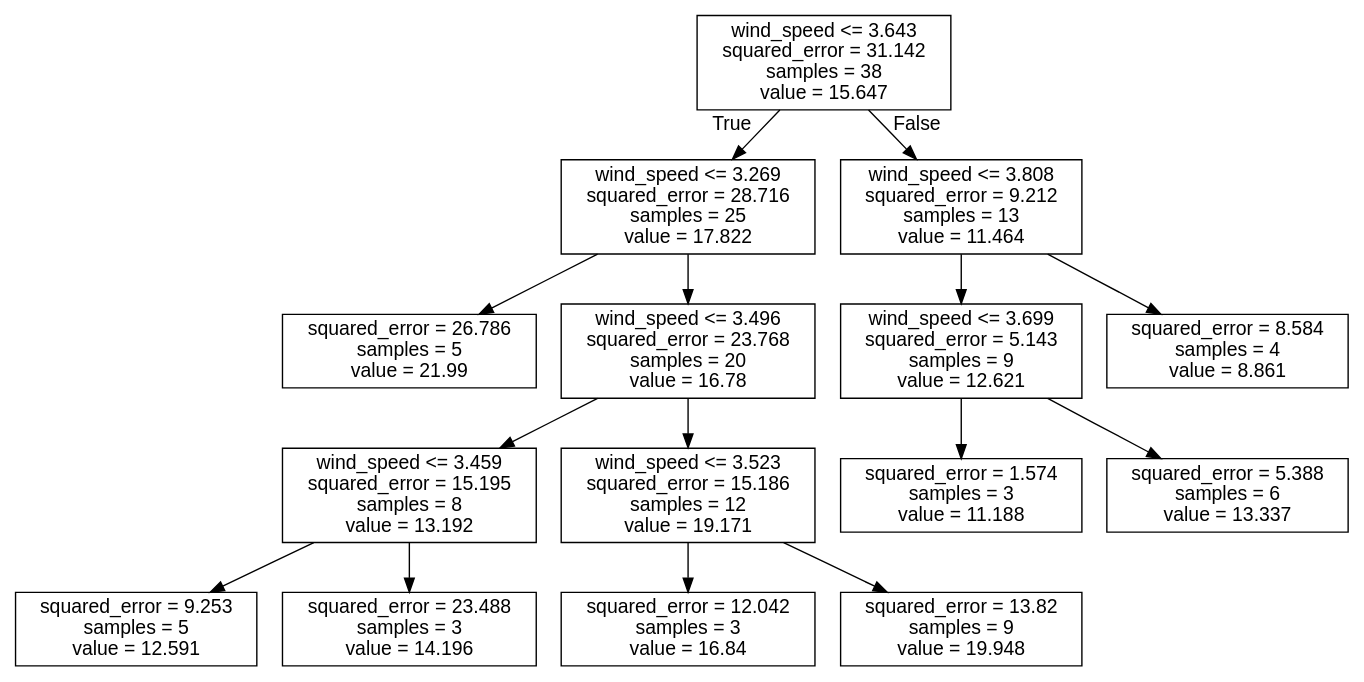
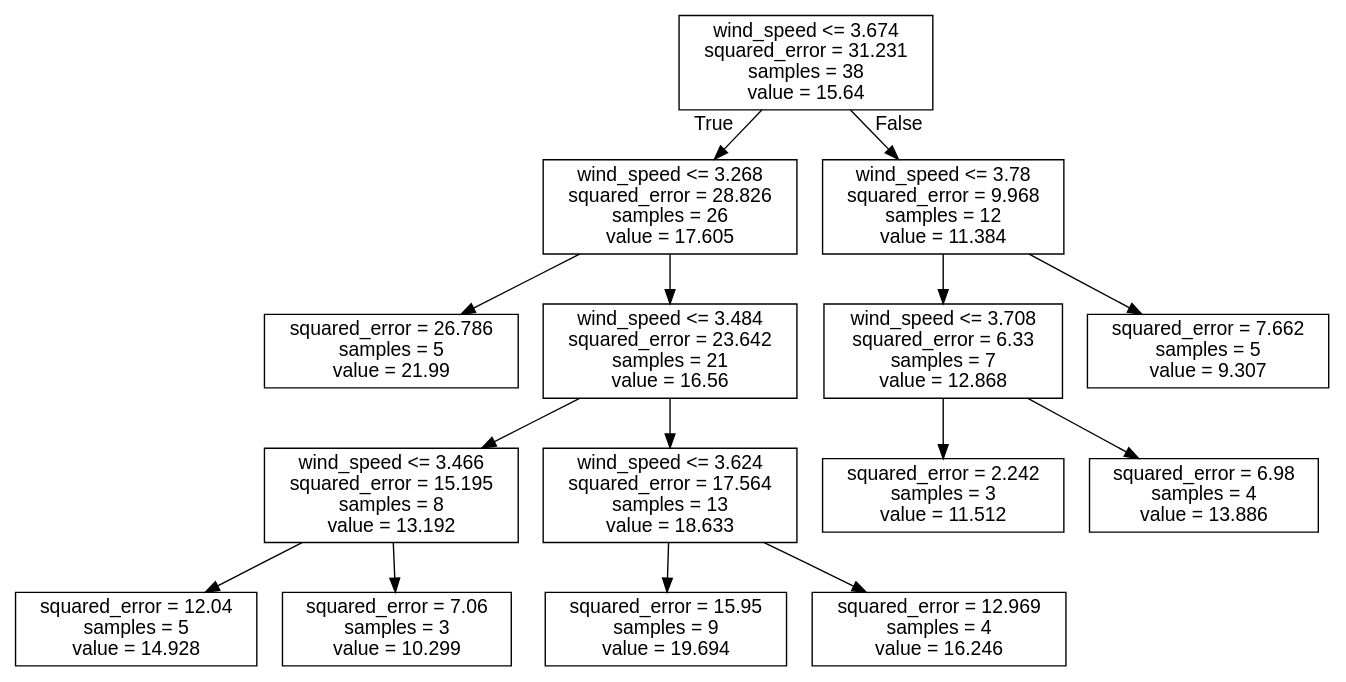
The diagram in Figures/Discretization_regTrees/DotFiles/6Mseasons_chla-wind_speed.dot (LeahJB/gbn-vansjo), drawn with Graphviz before and after one commit. The commit also changed 97 other files, not shown here.

```diff
--- a/Figures/Discretization_regTrees/DotFiles/6Mseasons_chla-wind_speed.dot
+++ b/Figures/Discretization_regTrees/DotFiles/6Mseasons_chla-wind_speed.dot
@@ -1,33 +1,33 @@
 digraph Tree {
 node [shape=box, fontname="helvetica"] ;
 edge [fontname="helvetica"] ;
-0 [label="wind_speed <= 3.643\nsquared_error = 31.142\nsamples = 38\nvalue = 15.647"] ;
-1 [label="wind_speed <= 3.269\nsquared_error = 28.716\nsamples = 25\nvalue = 17.822"] ;
+0 [label="wind_speed <= 3.674\nsquared_error = 31.231\nsamples = 38\nvalue = 15.64"] ;
+1 [label="wind_speed <= 3.268\nsquared_error = 28.826\nsamples = 26\nvalue = 17.605"] ;
 0 -> 1 [labeldistance=2.5, labelangle=45, headlabel="True"] ;
 3 [label="squared_error = 26.786\nsamples = 5\nvalue = 21.99"] ;
 1 -> 3 ;
-4 [label="wind_speed <= 3.496\nsquared_error = 23.768\nsamples = 20\nvalue = 16.78"] ;
+4 [label="wind_speed <= 3.484\nsquared_error = 23.642\nsamples = 21\nvalue = 16.56"] ;
 1 -> 4 ;
-5 [label="wind_speed <= 3.459\nsquared_error = 15.195\nsamples = 8\nvalue = 13.192"] ;
+5 [label="wind_speed <= 3.466\nsquared_error = 15.195\nsamples = 8\nvalue = 13.192"] ;
 4 -> 5 ;
-13 [label="squared_error = 9.253\nsamples = 5\nvalue = 12.591"] ;
-5 -> 13 ;
-14 [label="squared_error = 23.488\nsamples = 3\nvalue = 14.196"] ;
-5 -> 14 ;
-6 [label="wind_speed <= 3.523\nsquared_error = 15.186\nsamples = 12\nvalue = 19.171"] ;
+7 [label="squared_error = 12.04\nsamples = 5\nvalue = 14.928"] ;
+5 -> 7 ;
+8 [label="squared_error = 7.06\nsamples = 3\nvalue = 10.299"] ;
+5 -> 8 ;
+6 [label="wind_speed <= 3.624\nsquared_error = 17.564\nsamples = 13\nvalue = 18.633"] ;
 4 -> 6 ;
-9 [label="squared_error = 12.042\nsamples = 3\nvalue = 16.84"] ;
-6 -> 9 ;
-10 [label="squared_error = 13.82\nsamples = 9\nvalue = 19.948"] ;
-6 -> 10 ;
-2 [label="wind_speed <= 3.808\nsquared_error = 9.212\nsamples = 13\nvalue = 11.464"] ;
+11 [label="squared_error = 15.95\nsamples = 9\nvalue = 19.694"] ;
+6 -> 11 ;
+12 [label="squared_error = 12.969\nsamples = 4\nvalue = 16.246"] ;
+6 -> 12 ;
+2 [label="wind_speed <= 3.78\nsquared_error = 9.968\nsamples = 12\nvalue = 11.384"] ;
 0 -> 2 [labeldistance=2.5, labelangle=-45, headlabel="False"] ;
-7 [label="wind_speed <= 3.699\nsquared_error = 5.143\nsamples = 9\nvalue = 12.621"] ;
-2 -> 7 ;
-11 [label="squared_error = 1.574\nsamples = 3\nvalue = 11.188"] ;
-7 -> 11 ;
-12 [label="squared_error = 5.388\nsamples = 6\nvalue = 13.337"] ;
-7 -> 12 ;
-8 [label="squared_error = 8.584\nsamples = 4\nvalue = 8.861"] ;
-2 -> 8 ;
+9 [label="wind_speed <= 3.708\nsquared_error = 6.33\nsamples = 7\nvalue = 12.868"] ;
+2 -> 9 ;
+13 [label="squared_error = 2.242\nsamples = 3\nvalue = 11.512"] ;
+9 -> 13 ;
+14 [label="squared_error = 6.98\nsamples = 4\nvalue = 13.886"] ;
+9 -> 14 ;
+10 [label="squared_error = 7.662\nsamples = 5\nvalue = 9.307"] ;
+2 -> 10 ;
 }
```
